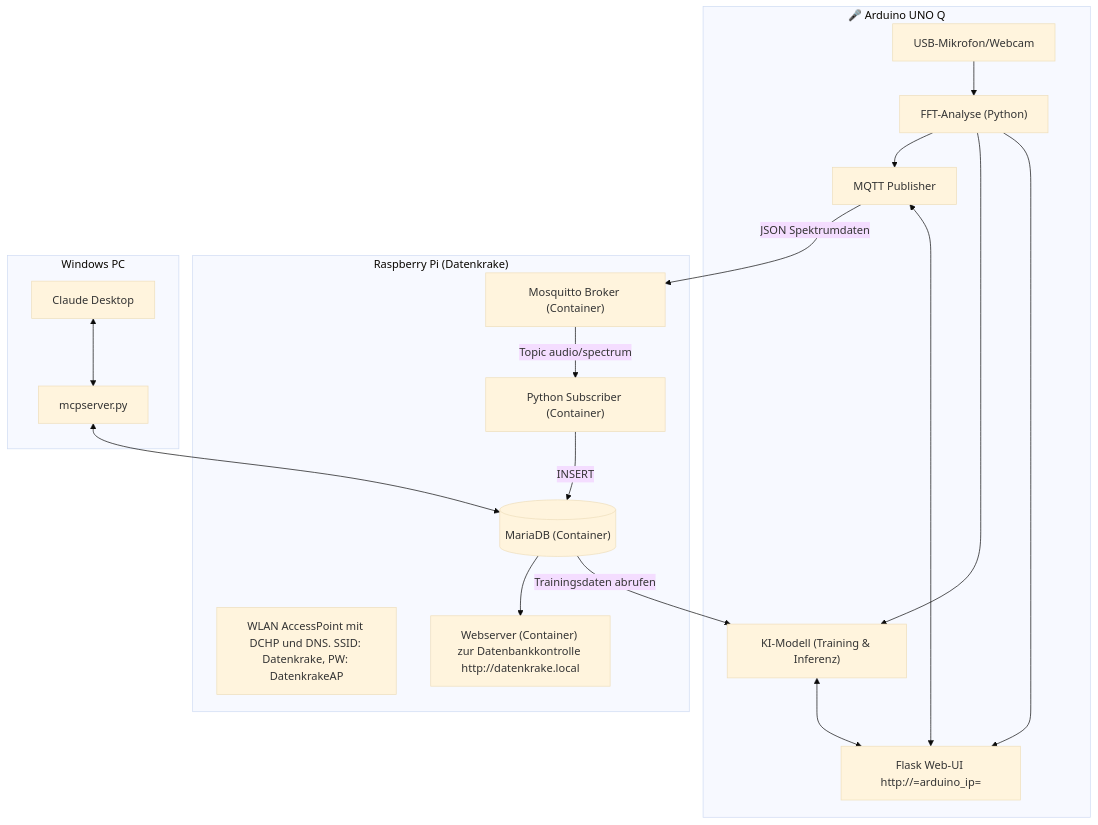
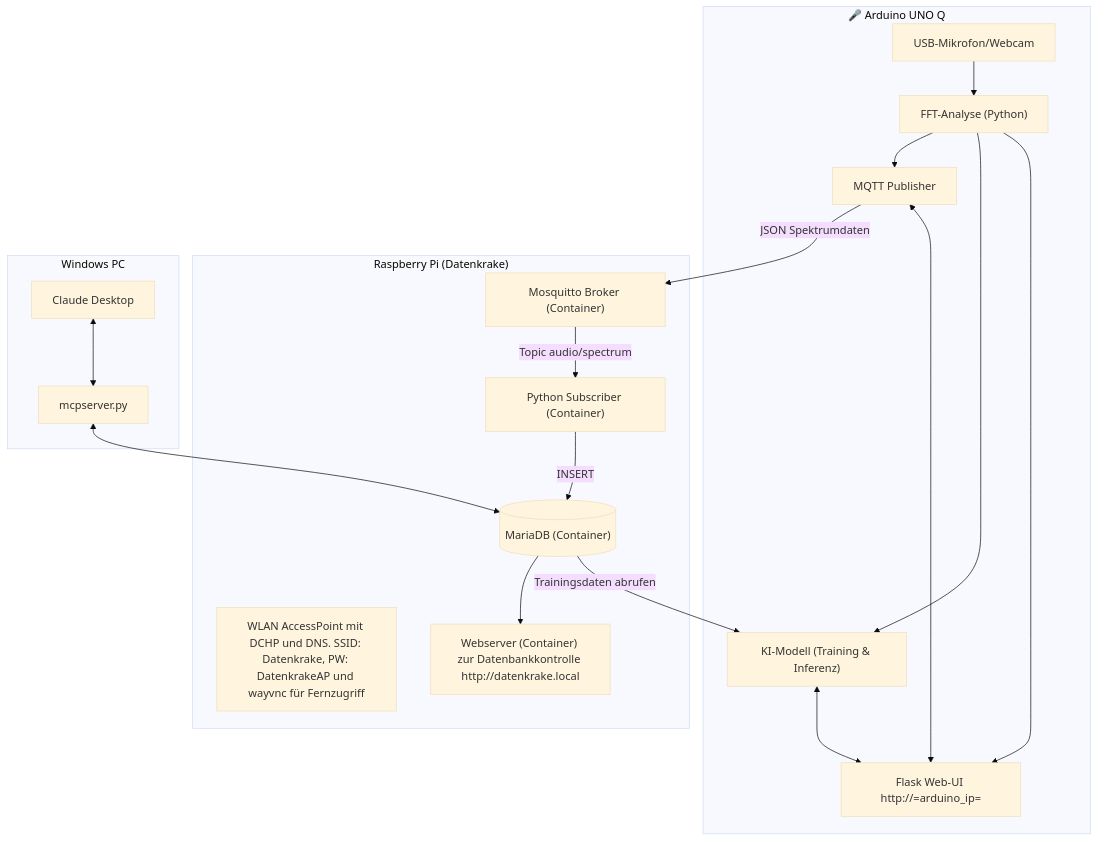
Before and after one commit to FlowTheTensor/Datenkrake-Container: the first of 3 diagrams in README.md, drawn with Mermaid (base theme). The commit also changed other lines of this file and 2 other files, not shown here.

Commit message:
wayvnc im userkontext starten

````diff
--- a/README.md
+++ b/README.md
@@ -79,32 +79,32 @@
 ```mermaid
 flowchart TD
 subgraph AQ["🎤 Arduino UNO Q"]
   MIC["USB-Mikrofon/Webcam"]
   FFT["FFT-Analyse (Python)"]
   MQTT["MQTT Publisher"]
   ML["KI-Modell (Training & Inferenz)"]
   WEB["Flask Web-UI http://=arduino_ip="]
   MIC --> FFT
   FFT --> MQTT
   FFT --> ML
   FFT --> WEB
   ML <--> WEB
   WEB <--> MQTT
 end
 MQTT -->|JSON Spektrumdaten| MQ
 subgraph RPi["Raspberry Pi (Datenkrake)"]
-  AP["WLAN AccessPoint mit DCHP und DNS. SSID: Datenkrake, PW: DatenkrakeAP"]
+  AP["WLAN AccessPoint mit DCHP und DNS. SSID: Datenkrake, PW: DatenkrakeAP und wayvnc für Fernzugriff"]
   MQ["Mosquitto Broker (Container)"]
   WEBS["Webserver (Container) zur Datenbankkontrolle http://datenkrake.local"]
   MQ -->|Topic audio/spectrum| SUB["Python Subscriber (Container)"]
   SUB -->|INSERT| DB[("MariaDB (Container)")]
   DB --> WEBS
 end
 DB -->|Trainingsdaten abrufen| ML
 subgraph WIN["Windows PC"]
   CL["Claude Desktop"]
   MCPS["mcpserver.py"]
   CL <--> MCPS
   MCPS <--> DB
 end
 ```
````
